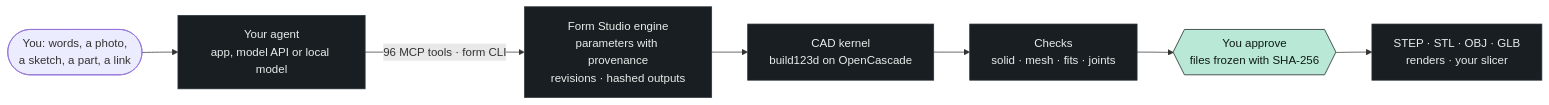
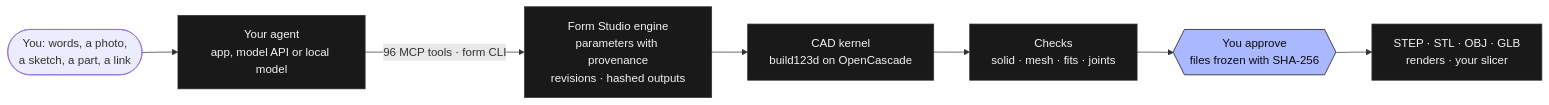
Before and after one commit to kaizensx/form-studio: the diagram in README.md, drawn with Mermaid. The commit also changed other lines of this file and 43 other files, not shown here.

````diff
--- a/README.md
+++ b/README.md
@@ -84,13 +84,13 @@
 ```mermaid
 flowchart LR
   you(["You: words, a photo,<br/>a sketch, a part, a link"]) --> agent["Your agent<br/>app, model API or local model"]
   agent -- "96 MCP tools · form CLI" --> engine["Form Studio engine<br/>parameters with provenance<br/>revisions · hashed outputs"]
   engine --> kernel["CAD kernel<br/>build123d on OpenCascade"]
   kernel --> checks["Checks<br/>solid · mesh · fits · joints"]
   checks --> release{{"You approve<br/>files frozen with SHA-256"}}
   release --> out["STEP · STL · OBJ · GLB<br/>renders · your slicer"]
-  classDef datum fill:#b9e8d7,stroke:#0d1a16,color:#0d1a16
-  classDef plate fill:#191e22,stroke:#2a3238,color:#e8edeb
+  classDef datum fill:#a9b8ff,stroke:#0b0b0c,color:#0b0b0c
+  classDef plate fill:#19191a,stroke:#2f2f31,color:#f4f3f1
   class release datum
   class agent,engine,kernel,checks,out plate
 ```
````
